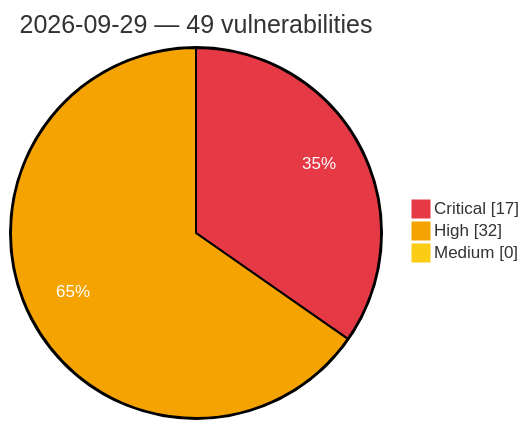
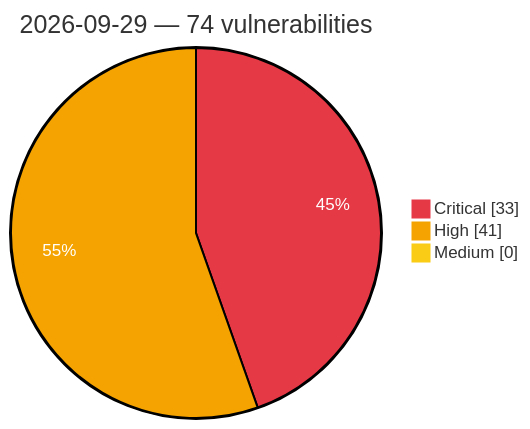
One commit to GhostX0X/vuln-tracker changed the diagram in vulnerabilities/2026/September/2026-09-29.md. Above: the diagram before and after it, drawn with Mermaid. The commit also changed other lines of this file and 5 other files, not shown here.

Commit message:
Auto update: critical/high vulns (2026-09-29 22:37 UTC)

````diff
--- a/vulnerabilities/2026/September/2026-09-29.md
+++ b/vulnerabilities/2026/September/2026-09-29.md
@@ -3,8 +3,8 @@
 ```mermaid
 %%{init: {'theme':'base', 'themeVariables': {'pie1':'#e63946', 'pie2':'#f4a300', 'pie3':'#facc15', 'pieOpacity':'1', 'pieOuterStrokeWidth':'2px', 'pieSectionTextColor':'#ffffff'}}}%%
 pie showData
-    title 2026-09-29 — 49 vulnerabilities
-    "Critical" : 17
-    "High" : 32
+    title 2026-09-29 — 74 vulnerabilities
+    "Critical" : 33
+    "High" : 41
     "Medium" : 0
 ```
````
